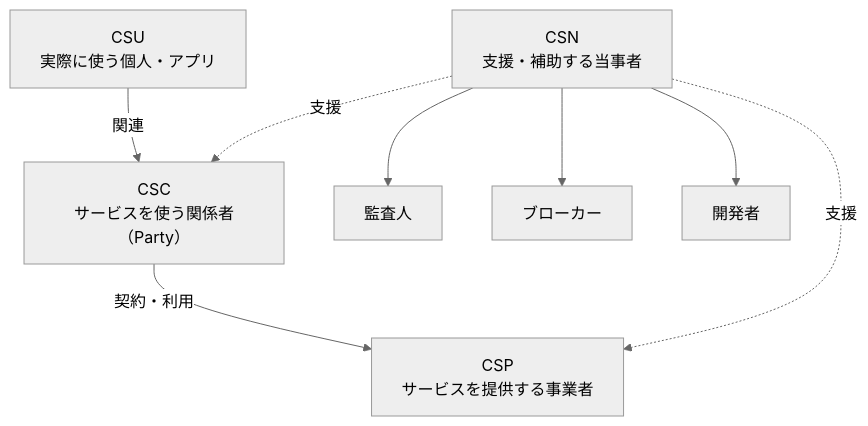
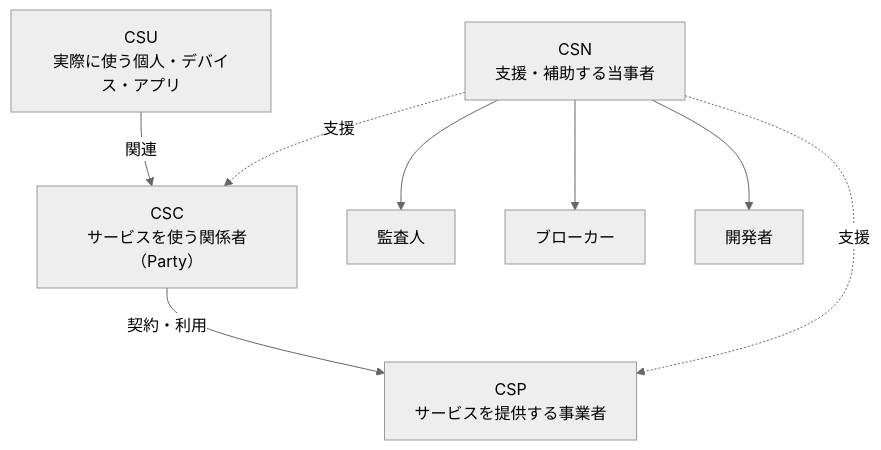
One commit to myoshi2891/Cloud-Infrastructure-and-Network-Studies changed the ninth of 14 diagrams in Iso-iec-22123-2-guide.md. Above: the diagram before and after it, drawn with Mermaid (neutral theme). The commit also changed other lines of this file and 2 other files, not shown here.

Commit message:
docs(iso22123): clarify deployment models, CSU scope, and legacy standard status

````diff
--- a/Iso-iec-22123-2-guide.md
+++ b/Iso-iec-22123-2-guide.md
@@ -545,17 +545,17 @@
 ```mermaid
 flowchart TD
     A1["CSC<br/>サービスを使う関係者（Party）"]
-    A2["CSU<br/>実際に使う個人・アプリ"]
+    A2["CSU<br/>実際に使う個人・デバイス・アプリ"]
     A3["CSP<br/>サービスを提供する事業者"]
     A4["CSN<br/>支援・補助する当事者"]
     A5["監査人"]
     A6["ブローカー"]
     A7["開発者"]
     A2 -->|"関連"| A1
     A1 -->|"契約・利用"| A3
     A4 -.->|"支援"| A1
     A4 -.->|"支援"| A3
     A4 --> A5
     A4 --> A6
     A4 --> A7
 ```
````
